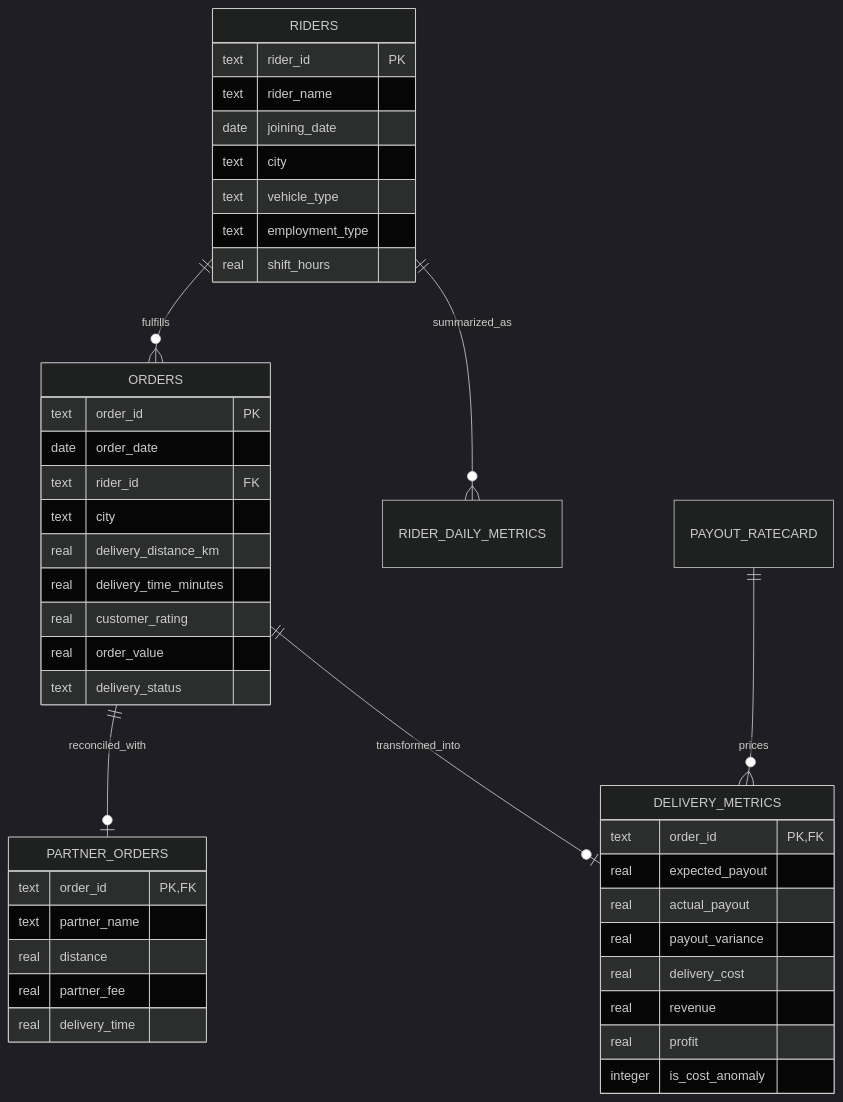
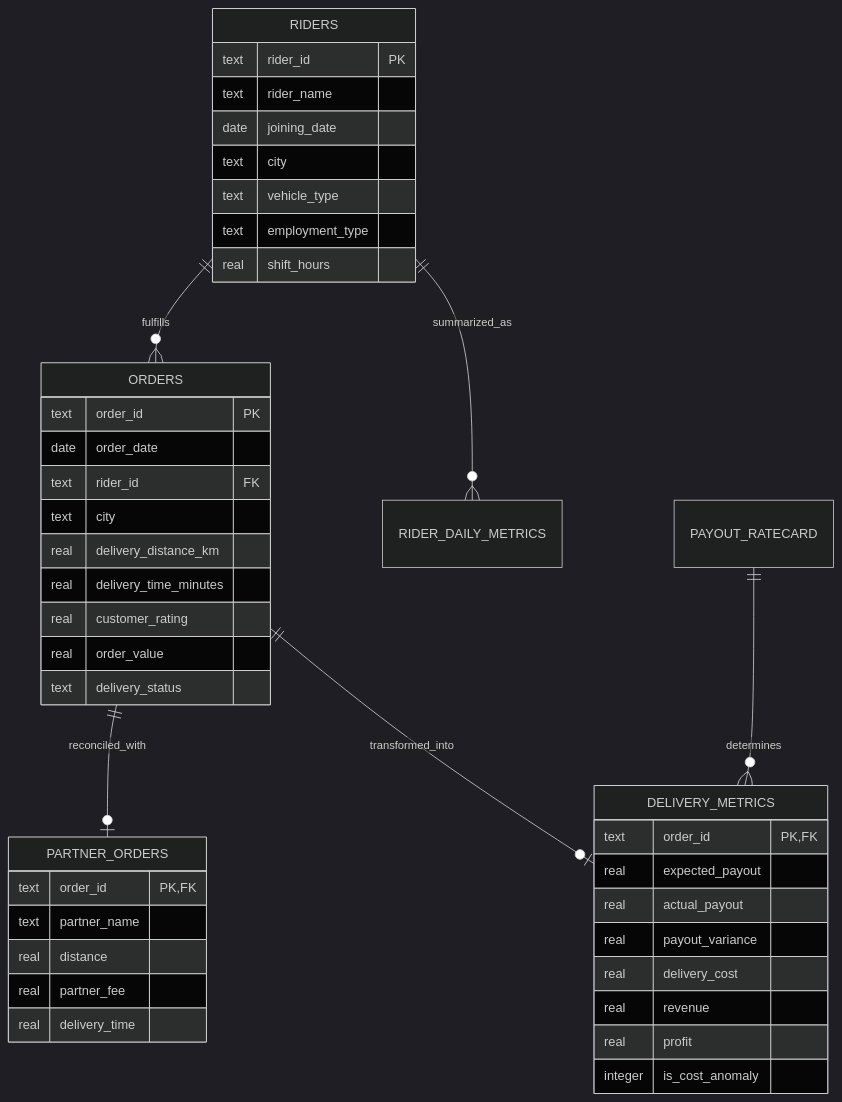
One commit to ms1706g/Delivery-Operations-Analytics-Dashboard- changed the second of 2 diagrams in README.md. Above: the diagram before and after it, drawn with Mermaid (dark theme). The commit also changed other lines of this file, not shown here.

````diff
--- a/README.md
+++ b/README.md
@@ -65,46 +78,54 @@
 ```mermaid
 erDiagram
+
     RIDERS ||--o{ ORDERS : fulfills
+
     RIDERS ||--o{ RIDER_DAILY_METRICS : summarized_as
+
     ORDERS ||--o| PARTNER_ORDERS : reconciled_with
+
     ORDERS ||--o| DELIVERY_METRICS : transformed_into
-    PAYOUT_RATECARD ||--o{ DELIVERY_METRICS : prices
+
+    PAYOUT_RATECARD ||--o{ DELIVERY_METRICS : determines
 
     RIDERS {
         text rider_id PK
         text rider_name
         date joining_date
         text city
         text vehicle_type
         text employment_type
         real shift_hours
     }
+
     ORDERS {
         text order_id PK
         date order_date
         text rider_id FK
         text city
         real delivery_distance_km
         real delivery_time_minutes
         real customer_rating
         real order_value
         text delivery_status
     }
+
     PARTNER_ORDERS {
         text order_id PK,FK
         text partner_name
         real distance
         real partner_fee
         real delivery_time
     }
+
     DELIVERY_METRICS {
         text order_id PK,FK
         real expected_payout
         real actual_payout
         real payout_variance
         real delivery_cost
         real revenue
         real profit
         integer is_cost_anomaly
     }
 ```
````
